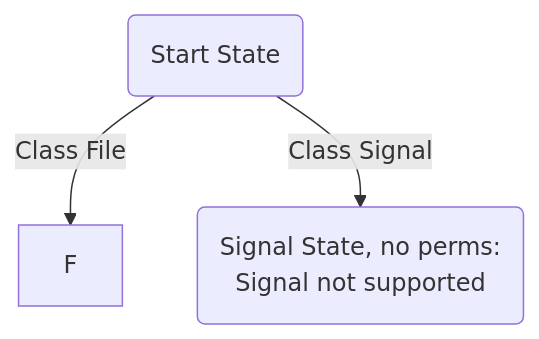
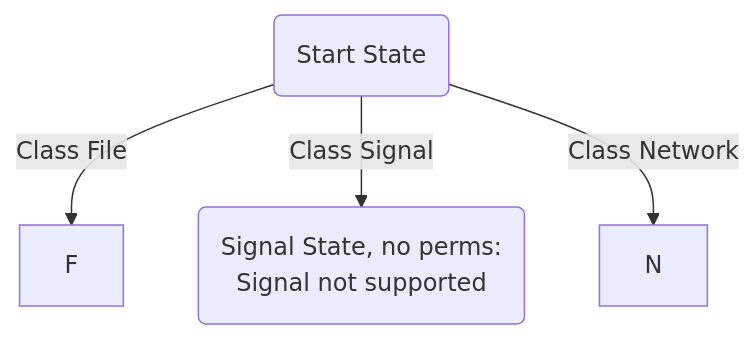
Before and after one commit to youngker/apparmor-wiki: the diagram in AppArmorFeatureABI.md, drawn with Mermaid.

Commit message:
Update AppArmorFeatureABI

````diff
--- a/AppArmorFeatureABI.md
+++ b/AppArmorFeatureABI.md
@@ -144,5 +144,6 @@
 ```mermaid
 graph TD;
   A(Start State) --> |Class File| F;
   A --> |Class Signal| S(Signal State, no perms:<br> Signal not supported);
+  A --> |Class Network| N;
 ```
````
